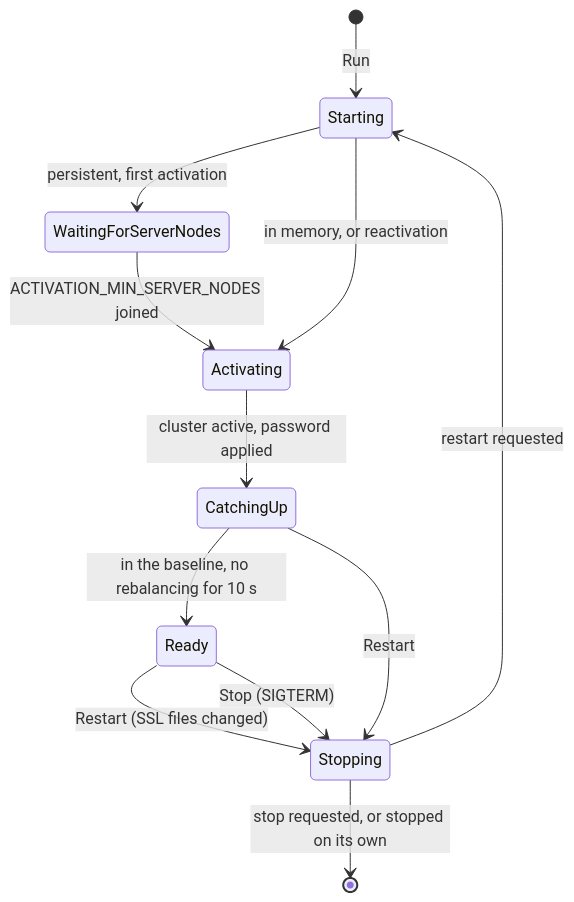
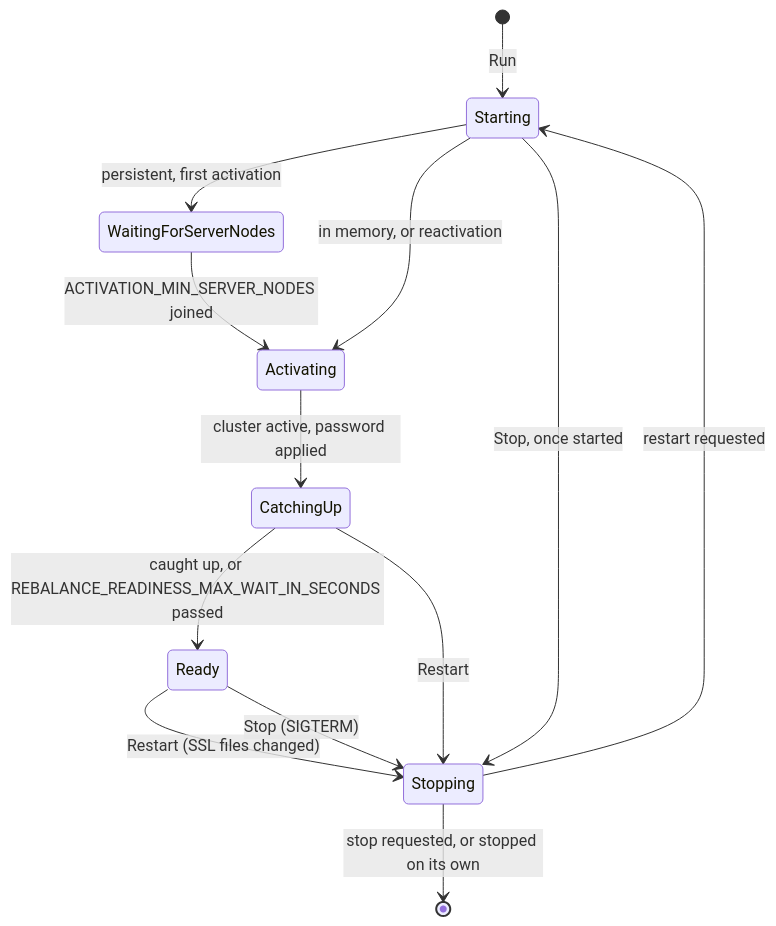
One commit to dradoaica/AspNetCore.Ignite changed the third of 5 diagrams in docs/architecture.md. Above: the diagram before and after it, drawn with Mermaid. The commit also changed other lines of this file and 9 other files, not shown here.

First line of the commit message:
A stop during the start waits for it, docs check in CI, corrected architecture diagrams

````diff
--- a/docs/architecture.md
+++ b/docs/architecture.md
@@ -108,14 +108,15 @@
 ```mermaid
 stateDiagram-v2
     [*] --> Starting: Run
     Starting --> WaitingForServerNodes: persistent, first activation
     Starting --> Activating: in memory, or reactivation
     WaitingForServerNodes --> Activating: ACTIVATION_MIN_SERVER_NODES joined
     Activating --> CatchingUp: cluster active, password applied
-    CatchingUp --> Ready: in the baseline, no rebalancing for 10 s
+    CatchingUp --> Ready: caught up, or REBALANCE_READINESS_MAX_WAIT_IN_SECONDS passed
     Ready --> Stopping: Restart (SSL files changed)
     CatchingUp --> Stopping: Restart
     Ready --> Stopping: Stop (SIGTERM)
+    Starting --> Stopping: Stop, once started
     Stopping --> Starting: restart requested
     Stopping --> [*]: stop requested, or stopped on its own
 ```
````
